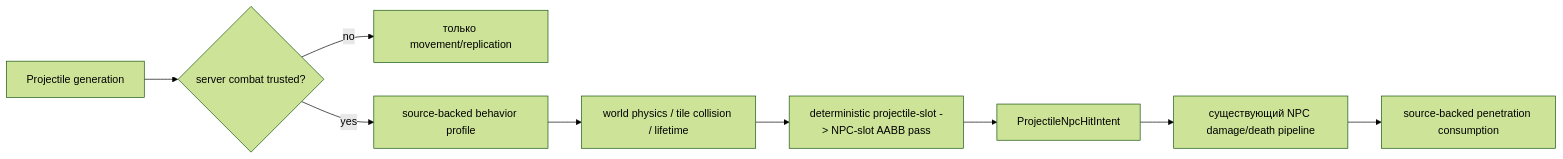
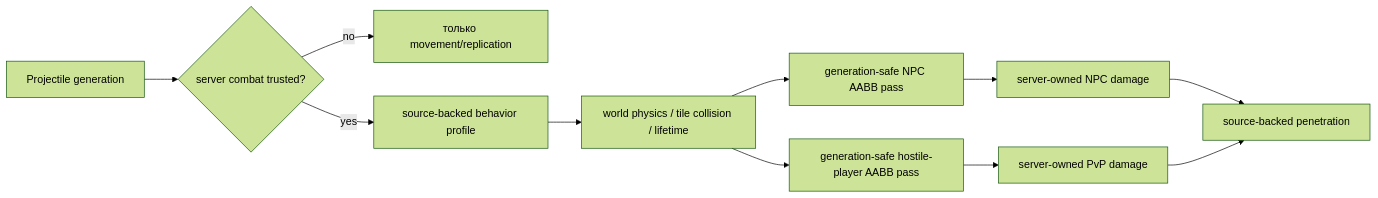
One commit to VegaKernel/TerraRuntime changed the third of 3 diagrams in docs/ru/projectile-behavior-profiles.md. Above: the diagram before and after it, drawn with Mermaid (forest theme). The commit also changed other lines of this file and 40 other files, not shown here.

````diff
--- a/docs/ru/projectile-behavior-profiles.md
+++ b/docs/ru/projectile-behavior-profiles.md
@@ -89,11 +94,13 @@
 ```mermaid
 flowchart LR
     Spawn["Projectile generation"] --> Trust{"server combat trusted?"}
     Trust -->|no| Sync["только movement/replication"]
     Trust -->|yes| Behavior["source-backed behavior profile"]
     Behavior --> Motion["world physics / tile collision / lifetime"]
-    Motion --> NpcPass["deterministic projectile-slot -> NPC-slot AABB pass"]
-    NpcPass --> Intent["ProjectileNpcHitIntent"]
-    Intent --> Damage["существующий NPC damage/death pipeline"]
-    Damage --> Penetration["source-backed penetration consumption"]
+    Motion --> NpcPass["generation-safe NPC AABB pass"]
+    Motion --> PvpPass["generation-safe hostile-player AABB pass"]
+    NpcPass --> Damage["server-owned NPC damage"]
+    PvpPass --> PvpDamage["server-owned PvP damage"]
+    Damage --> Penetration["source-backed penetration"]
+    PvpDamage --> Penetration
 ```
````
